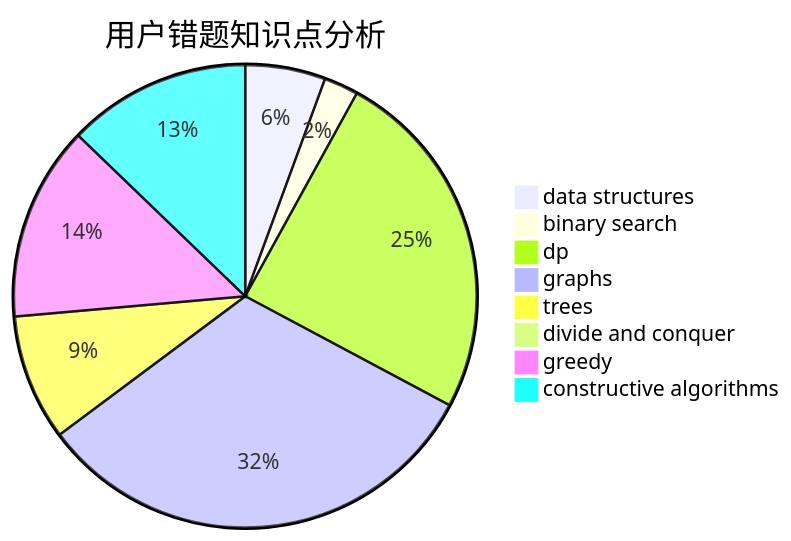
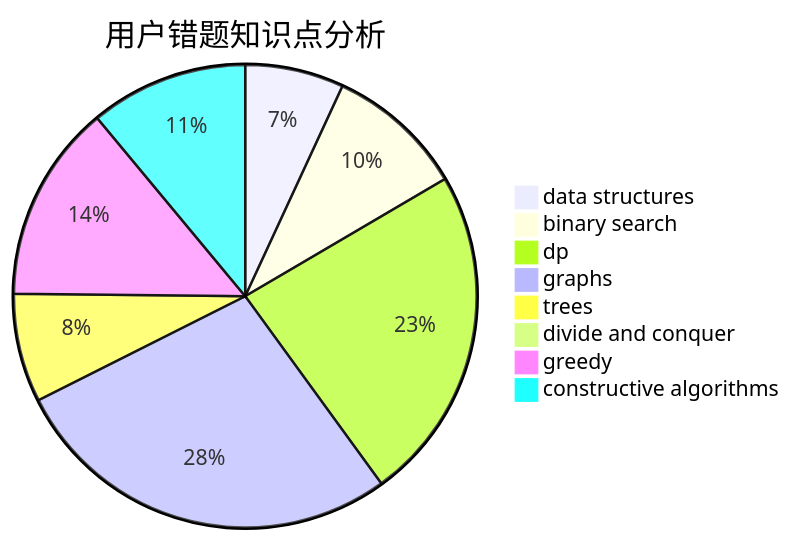
Before and after one commit to sherpahu/cfrs.github.io: the third of 3 diagrams in docs/user/u232.md, drawn with Mermaid. The commit also changed other lines of this file and 2770 other files, not shown here.

````diff
--- a/docs/user/u232.md
+++ b/docs/user/u232.md
@@ -36,11 +36,11 @@
 ```mermaid
 pie title 用户错题知识点分析
-    "data structures" :  7
-    "binary search" :  3
-    "dp" :  31
+    "data structures" :  10
+    "binary search" :  14
+    "dp" :  34
     "graphs" :  40
     "trees" :  11
     "divide and conquer" :  0
-    "greedy" :  17
+    "greedy" :  20
     "constructive algorithms" :  16
 ```
````
